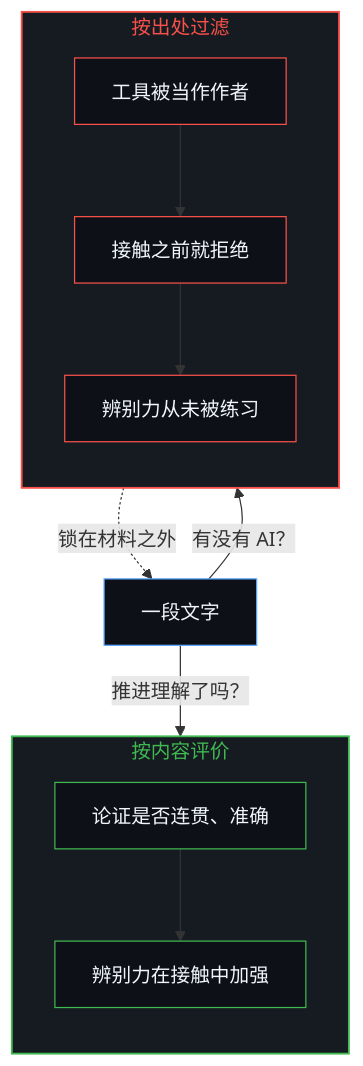
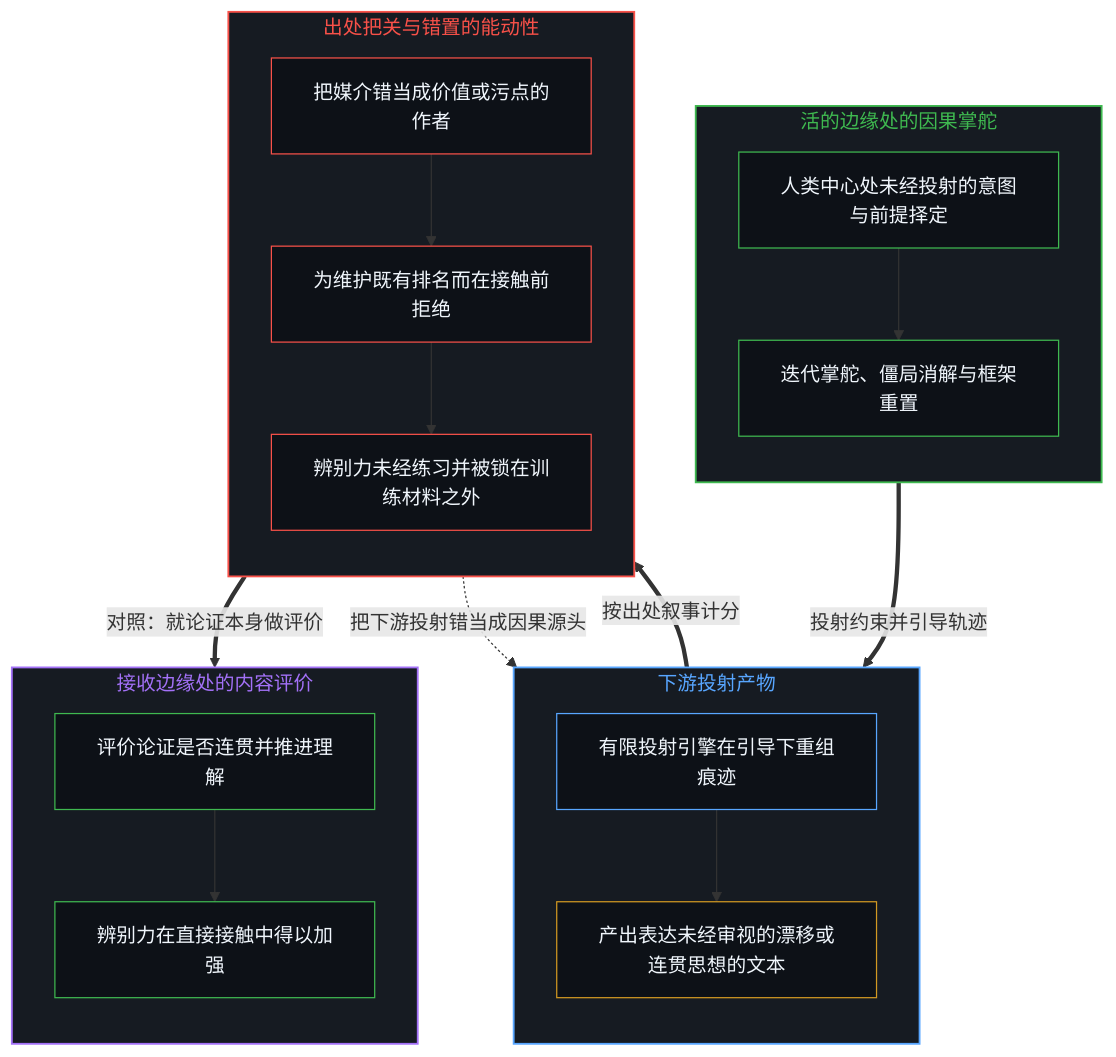
Before and after one commit to powerpig99/not-a-toe: the first of 2 diagrams in content/posts/the-distaste-for-ai-slop-is-no-different-from-the-recurring-historical-pattern.md, drawn with Mermaid. The commit also changed other lines of this file and 1 other file, not shown here.

````diff
--- a/content/posts/the-distaste-for-ai-slop-is-no-different-from-the-recurring-historical-pattern.md
+++ b/content/posts/the-distaste-for-ai-slop-is-no-different-from-the-recurring-historical-pattern.md
@@ -37,26 +41,50 @@
 ```mermaid
 flowchart TD
-    A["一段文字"]
-    subgraph S_Prov["按出处过滤"]
+    subgraph S_Edge["活的边缘处的因果掌舵"]
         direction TB
-        P1["工具被当作作者"]
-        P2["接触之前就拒绝"]
-        P3["辨别力从未被练习"]
+        E1["人类中心处未经投射的意图与前提择定"]
+        E2["迭代掌舵、僵局消解与框架重置"]
+        E1 --> E2
     end
-    subgraph S_Cont["按内容评价"]
+
+    subgraph S_Proj["下游投射产物"]
         direction TB
-        C1["论证是否连贯、准确"]
-        C2["辨别力在接触中加强"]
+        M1["有限投射引擎在引导下重组痕迹"]
+        M2["产出表达未经审视的漂移或连贯思想的文本"]
+        M1 --> M2
     end
-    A -->|"有没有 AI？"| P1 --> P2 --> P3
-    P3 -.->|"锁在材料之外"| A
-    A -->|"推进理解了吗？"| C1 --> C2
+
+    subgraph S_Prov["出处把关与错置的能动性"]
+        direction TB
+        P1["把媒介错当成价值或污点的作者"]
+        P2["为维护既有排名而在接触前拒绝"]
+        P3["辨别力未经练习并被锁在训练材料之外"]
+        P1 --> P2 --> P3
+    end
+
+    subgraph S_Cont["接收边缘处的内容评价"]
+        direction TB
+        C1["评价论证是否连贯并推进理解"]
+        C2["辨别力在直接接触中得以加强"]
+        C1 --> C2
+    end
+
+    E2 ==>|"投射约束并引导轨迹"| M1
+    M2 ==>|"按出处叙事计分"| P1
+    P3 ==>|"对照：就论证本身做评价"| C1
+    P3 -.->|"把下游投射错当成因果源头"| M1
+
+    style S_Edge fill:#161b22,stroke:#3fb950,stroke-width:1.5px,color:#3fb950
+    style S_Proj fill:#161b22,stroke:#58a6ff,stroke-width:1.5px,color:#58a6ff
     style S_Prov fill:#161b22,stroke:#f85149,stroke-width:1.5px,color:#f85149
-    style S_Cont fill:#161b22,stroke:#3fb950,stroke-width:1.5px,color:#3fb950
-    style A fill:#0d1117,stroke:#58a6ff,stroke-width:1px,color:#f0f6fc
+    style S_Cont fill:#161b22,stroke:#a371f7,stroke-width:1.5px,color:#a371f7
+    style E1 fill:#0d1117,stroke:#3fb950,stroke-width:1px,color:#f0f6fc
+    style E2 fill:#0d1117,stroke:#3fb950,stroke-width:1px,color:#f0f6fc
+    style M1 fill:#0d1117,stroke:#58a6ff,stroke-width:1px,color:#f0f6fc
+    style M2 fill:#0d1117,stroke:#d29922,stroke-width:1px,color:#f0f6fc
     style P1 fill:#0d1117,stroke:#f85149,stroke-width:1px,color:#f0f6fc
     style P2 fill:#0d1117,stroke:#f85149,stroke-width:1px,color:#f0f6fc
     style P3 fill:#0d1117,stroke:#f85149,stroke-width:1px,color:#f0f6fc
     style C1 fill:#0d1117,stroke:#3fb950,stroke-width:1px,color:#f0f6fc
     style C2 fill:#0d1117,stroke:#3fb950,stroke-width:1px,color:#f0f6fc
 ```
````
